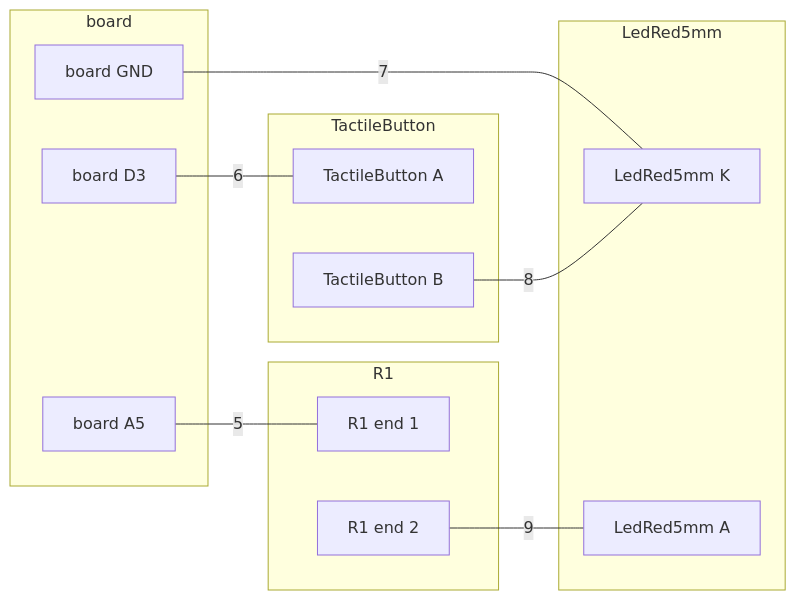
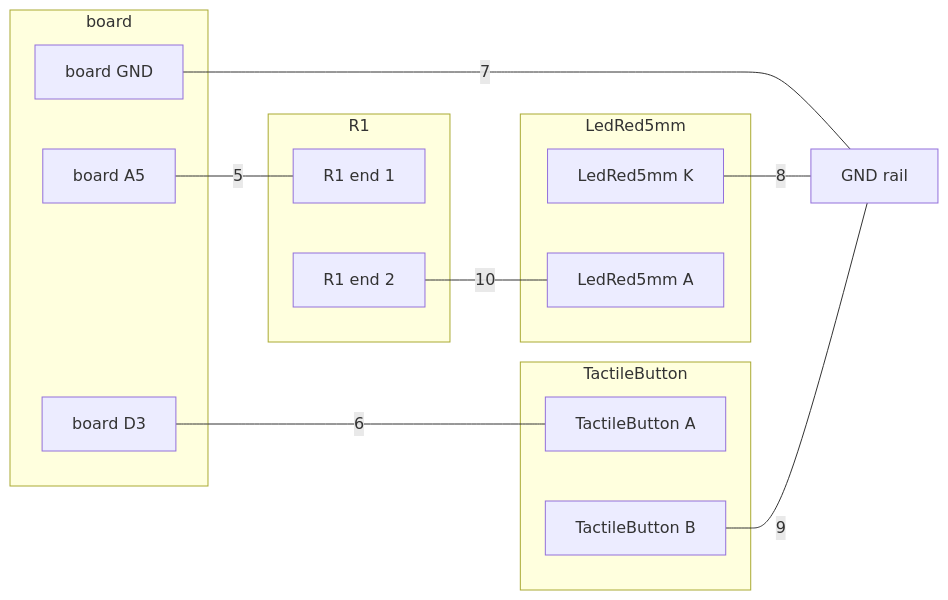
The diagram in tests/data/breadboard/button-light/breadboard.expected.md (xmejkal/spark), drawn with Mermaid before and after one commit. The commit also changed other lines of this file and 16 other files, not shown here.

````diff
--- a/tests/data/breadboard/button-light/breadboard.expected.md
+++ b/tests/data/breadboard/button-light/breadboard.expected.md
@@ -35,25 +36,27 @@
 ```mermaid
 flowchart LR
   subgraph g1["board"]
     n1["board A5"]
     n2["board D3"]
     n3["board GND"]
   end
   subgraph g2["R1"]
     n4["R1 end 1"]
     n5["R1 end 2"]
   end
   subgraph g3["TactileButton"]
     n6["TactileButton A"]
     n7["TactileButton B"]
   end
   subgraph g4["LedRed5mm"]
     n8["LedRed5mm K"]
     n9["LedRed5mm A"]
   end
+  n10["GND rail"]
   n1 ---|"5"| n4
   n2 ---|"6"| n6
-  n3 ---|"7"| n8
-  n7 ---|"8"| n8
-  n5 ---|"9"| n9
+  n3 ---|"7"| n10
+  n8 ---|"8"| n10
+  n7 ---|"9"| n10
+  n5 ---|"10"| n9
 ```
````
